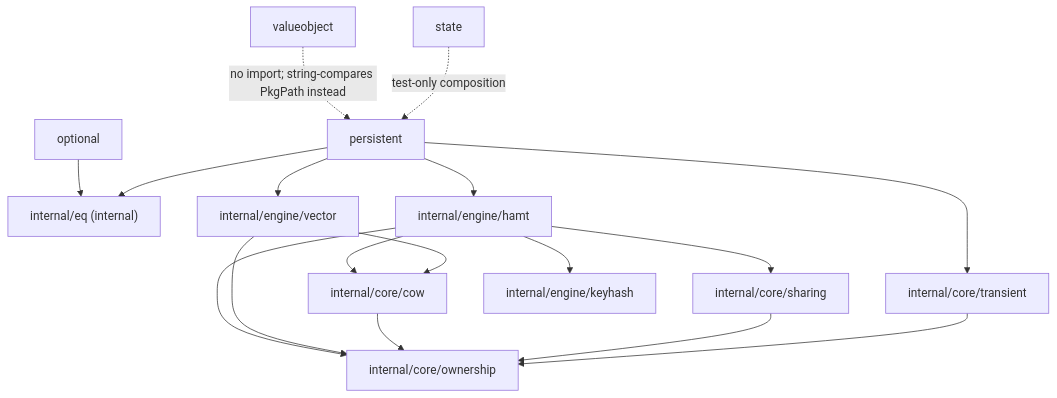
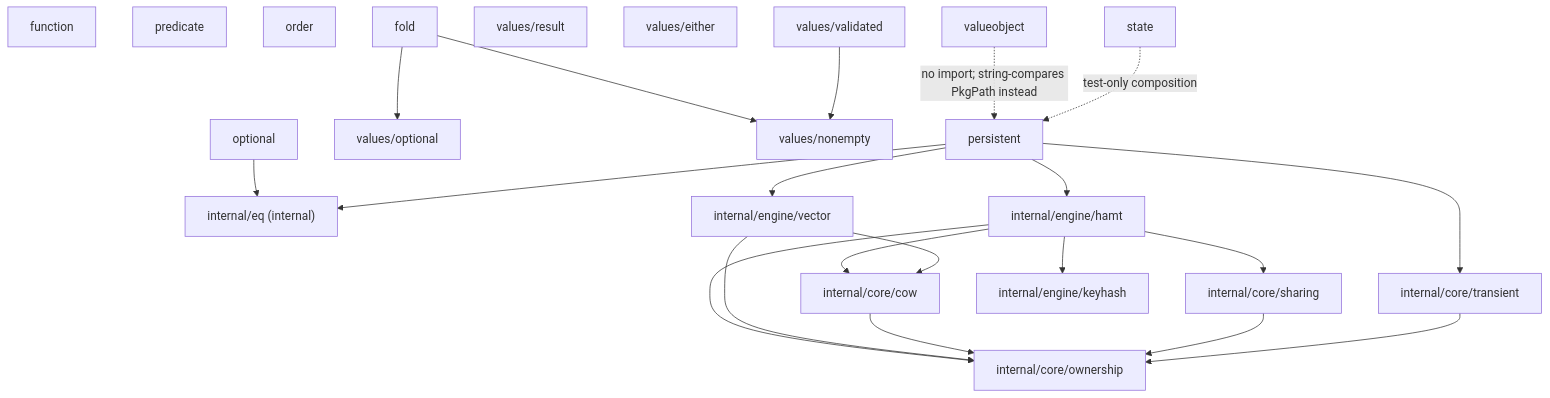
The diagram in docs/overview.md (alvadorncorp/functional-go), drawn with Mermaid before and after one commit. The commit also changed other lines of this file and 21 other files, not shown here.

````diff
--- a/docs/overview.md
+++ b/docs/overview.md
@@ -189,32 +194,44 @@
 ```mermaid
 flowchart TB
   optional[optional]
+  function[function]
+  predicate[predicate]
+  order[order]
+  fold[fold]
+  valuesOptional[values/optional]
+  valuesResult[values/result]
+  valuesEither[values/either]
+  valuesNonEmpty[values/nonempty]
+  valuesValidated[values/validated]
   persistent[persistent]
   state[state]
   valueobject[valueobject]
   eq["internal/eq (internal)"]
   ownership["internal/core/ownership"]
   cow["internal/core/cow"]
   sharing["internal/core/sharing"]
   transient["internal/core/transient"]
   hamt["internal/engine/hamt"]
   vector["internal/engine/vector"]
   keyhash["internal/engine/keyhash"]
 
   optional --> eq
+  fold --> valuesOptional
+  fold --> valuesNonEmpty
+  valuesValidated --> valuesNonEmpty
   persistent --> eq
   persistent --> transient
   persistent --> hamt
   persistent --> vector
   hamt --> ownership
   hamt --> cow
   hamt --> sharing
   hamt --> keyhash
   vector --> ownership
   vector --> cow
   cow --> ownership
   sharing --> ownership
   transient --> ownership
   valueobject -.->|no import; string-compares PkgPath instead| persistent
   state -.->|test-only composition| persistent
 ```
````
